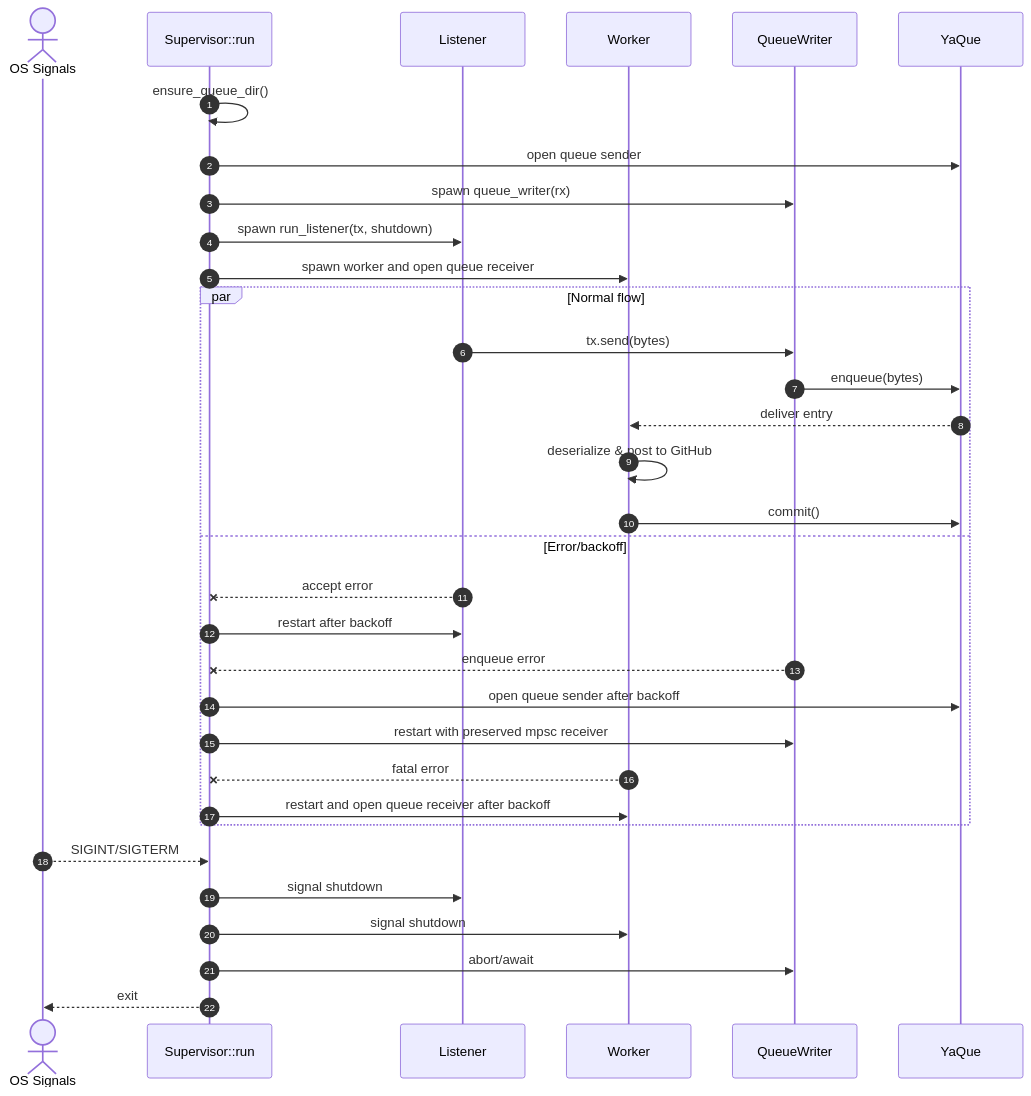
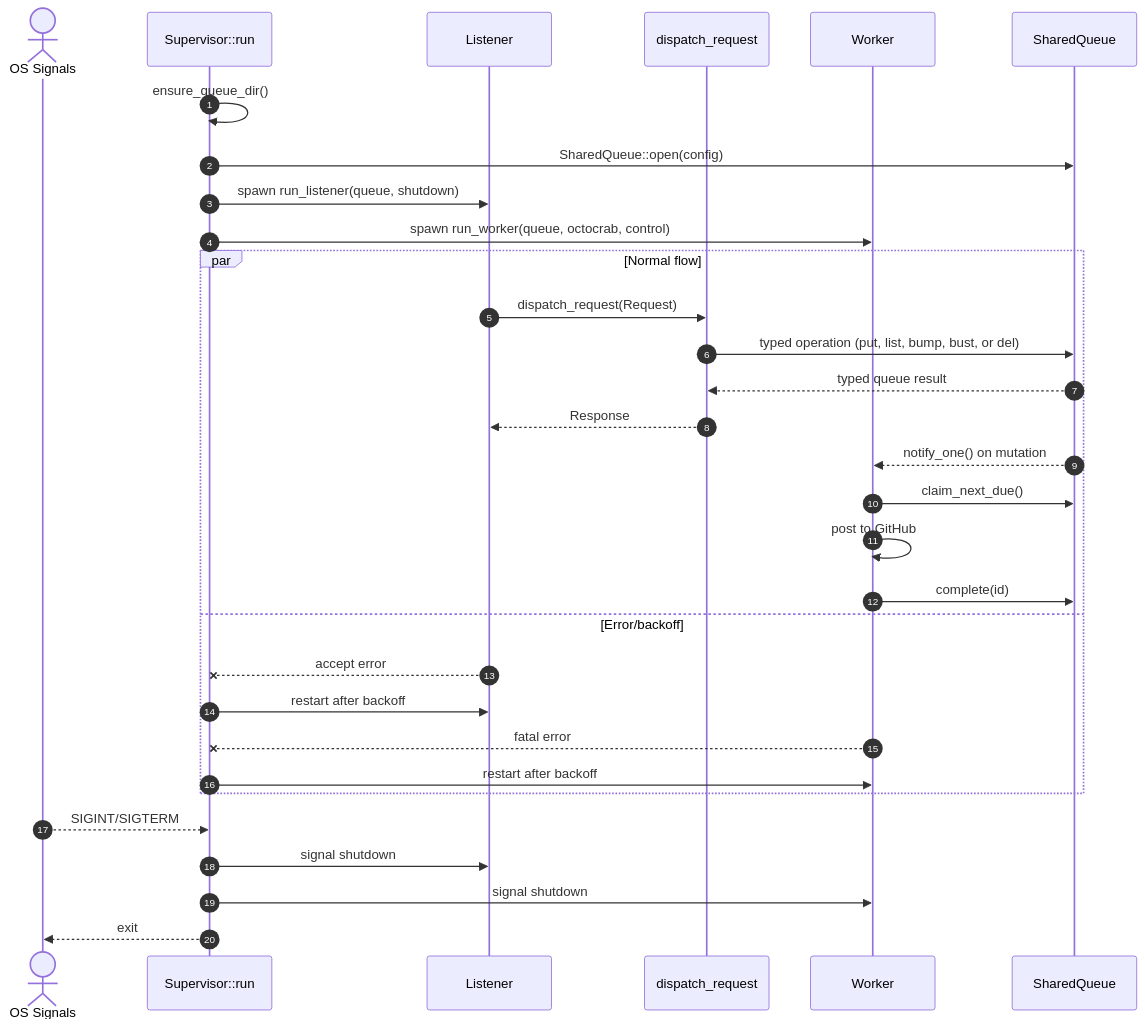
The first of 3 diagrams in docs/comenq-design.md (leynos/comenq), drawn with Mermaid before and after one commit. The commit also changed other lines of this file and 70 other files, not shown here.

First line of the commit message:
Split comenq into put, list, bump, bust, and del subcommands (#149)

````diff
--- a/docs/comenq-design.md
+++ b/docs/comenq-design.md
@@ -274,38 +450,36 @@
 ```mermaid
 sequenceDiagram
   autonumber
   actor OS as OS Signals
   participant Sup as Supervisor::run
   participant L as Listener
+  participant A as dispatch_request
   participant W as Worker
-  participant QW as QueueWriter
-  participant YQ as YaQue
+  participant Q as SharedQueue
 
   Sup->>Sup: ensure_queue_dir()
-  Sup->>YQ: open queue sender
-  Sup->>QW: spawn queue_writer(rx)
-  Sup->>L: spawn run_listener(tx, shutdown)
-  Sup->>W: spawn worker and open queue receiver
+  Sup->>Q: SharedQueue::open(config)
+  Sup->>L: spawn run_listener(queue, shutdown)
+  Sup->>W: spawn run_worker(queue, octocrab, control)
 
   par Normal flow
-    L->>QW: tx.send(bytes)
-    QW->>YQ: enqueue(bytes)
-    YQ-->>W: deliver entry
-    W->>W: deserialize & post to GitHub
-    W->>YQ: commit()
+    L->>A: dispatch_request(Request)
+    A->>Q: typed operation (put, list, bump, bust, or del)
+    Q-->>A: typed queue result
+    A-->>L: Response
+    Q-->>W: notify_one() on mutation
+    W->>Q: claim_next_due()
+    W->>W: post to GitHub
+    W->>Q: complete(id)
   and Error/backoff
     L--x Sup: accept error
     Sup->>L: restart after backoff
-    QW--x Sup: enqueue error
-    Sup->>YQ: open queue sender after backoff
-    Sup->>QW: restart with preserved mpsc receiver
     W--x Sup: fatal error
-    Sup->>W: restart and open queue receiver after backoff
+    Sup->>W: restart after backoff
   end
 
   OS-->>Sup: SIGINT/SIGTERM
   Sup->>L: signal shutdown
   Sup->>W: signal shutdown
-  Sup->>QW: abort/await
   Sup-->>OS: exit
 ```
````
